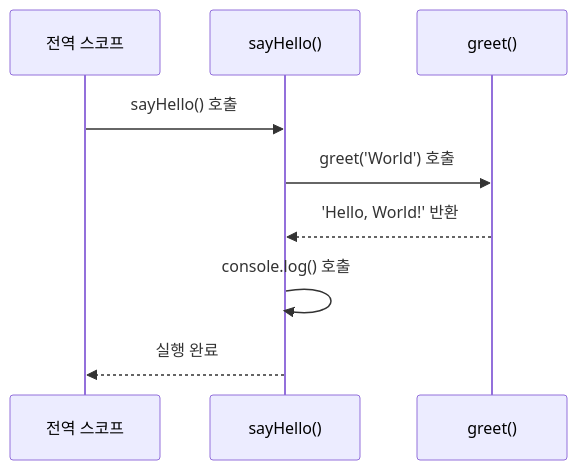
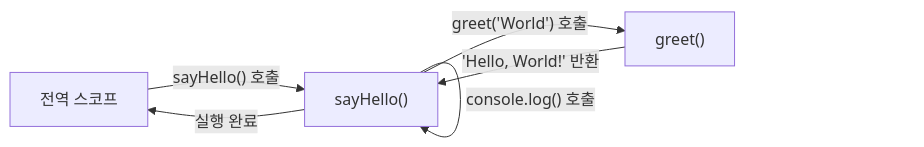
Before and after one commit to yjkim2015/yjkim2015.github.io: the second of 13 diagrams in _posts/frontend/2026-05-02-js-event-loop.md, drawn with Mermaid. The commit also changed 32 other files, not shown here.

First line of the commit message:
sequenceDiagram 82개 → graph LR 변환 완료

````diff
--- a/_posts/frontend/2026-05-02-js-event-loop.md
+++ b/_posts/frontend/2026-05-02-js-event-loop.md
@@ -69,11 +69,8 @@
 ```mermaid
-sequenceDiagram
-    participant GS as 전역 스코프
-    participant SH as sayHello()
-    participant G as greet()
-    GS->>SH: sayHello() 호출
-    SH->>G: greet('World') 호출
-    G-->>SH: 'Hello, World!' 반환
-    SH->>SH: console.log() 호출
-    SH-->>GS: 실행 완료
+graph LR
+    GS["전역 스코프"] -->|"sayHello() 호출"| SH["sayHello()"]
+    SH -->|"greet('World') 호출"| G["greet()"]
+    G -->|"'Hello, World!' 반환"| SH
+    SH -->|"console.log() 호출"| SH
+    SH -->|"실행 완료"| GS
 ```
````
